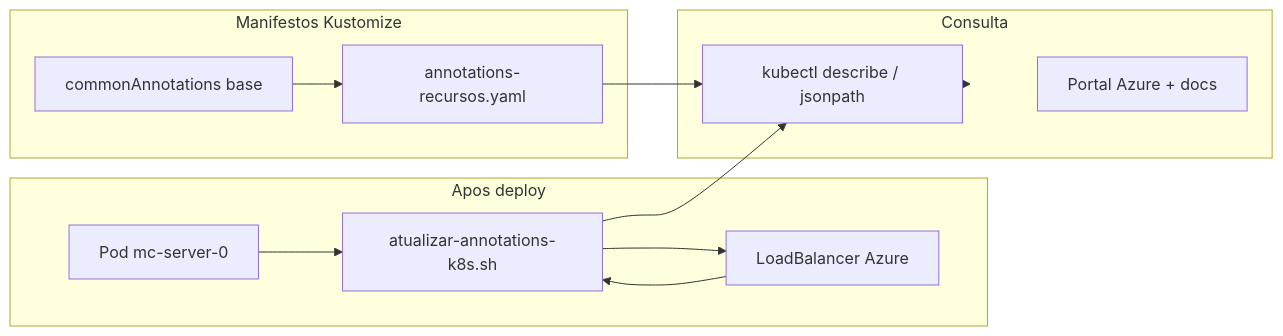
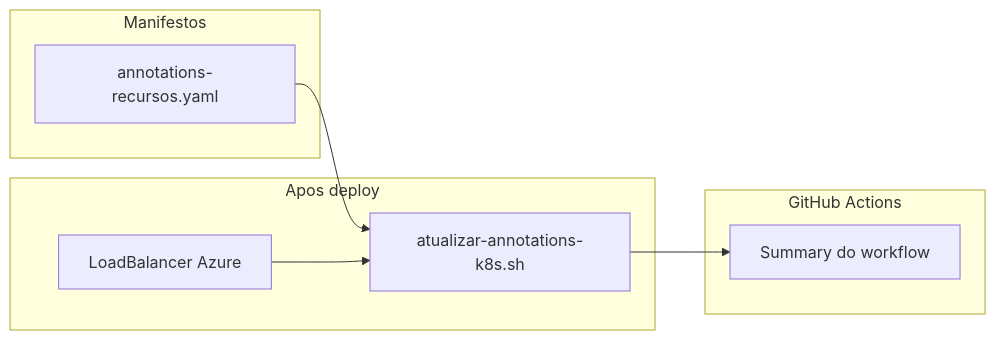
The first of 2 diagrams in docs/annotations.md (victorh-silveira/minecraft-core-server), drawn with Mermaid before and after one commit. The commit also changed other lines of this file and 6 other files, not shown here.

````diff
--- a/docs/annotations.md
+++ b/docs/annotations.md
@@ -7,23 +7,16 @@
 ```mermaid
 flowchart LR
-  subgraph estatico [Manifestos Kustomize]
-    base[commonAnnotations base]
+  subgraph estatico [Manifestos]
     patch[annotations-recursos.yaml]
   end
   subgraph runtime [Apos deploy]
     script[atualizar-annotations-k8s.sh]
     lb[LoadBalancer Azure]
-    pod[Pod mc-server-0]
   end
-  subgraph consumo [Consulta]
-    kubectl[kubectl describe / jsonpath]
-    portal[Portal Azure + docs]
+  subgraph github [GitHub Actions]
+    summary[Summary do workflow]
   end
-  base --> patch
-  patch --> kubectl
-  script --> lb
+  patch --> script
   lb --> script
-  pod --> script
-  script --> kubectl
-  kubectl --> consumo
+  script --> summary
 ```
````
